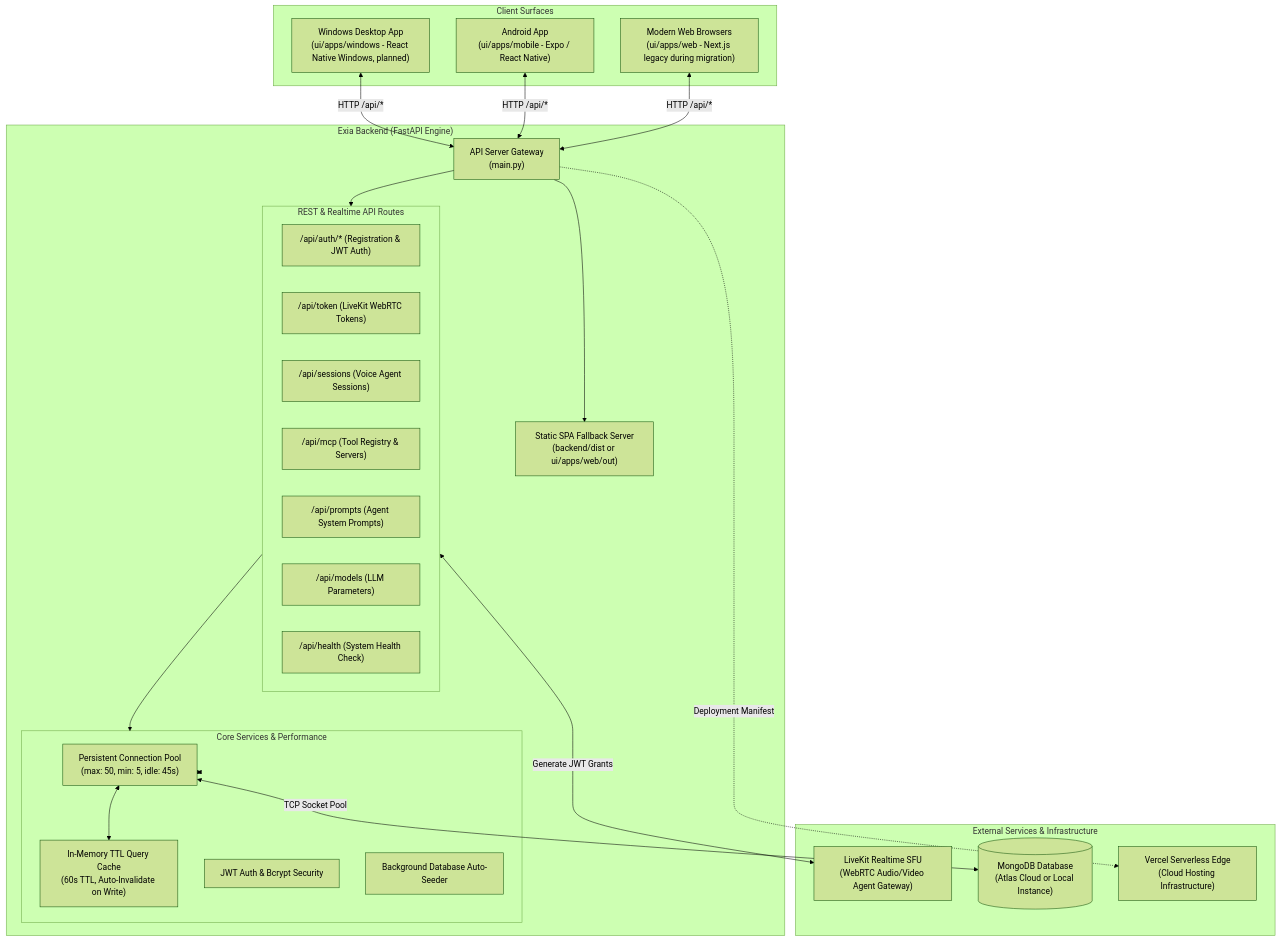
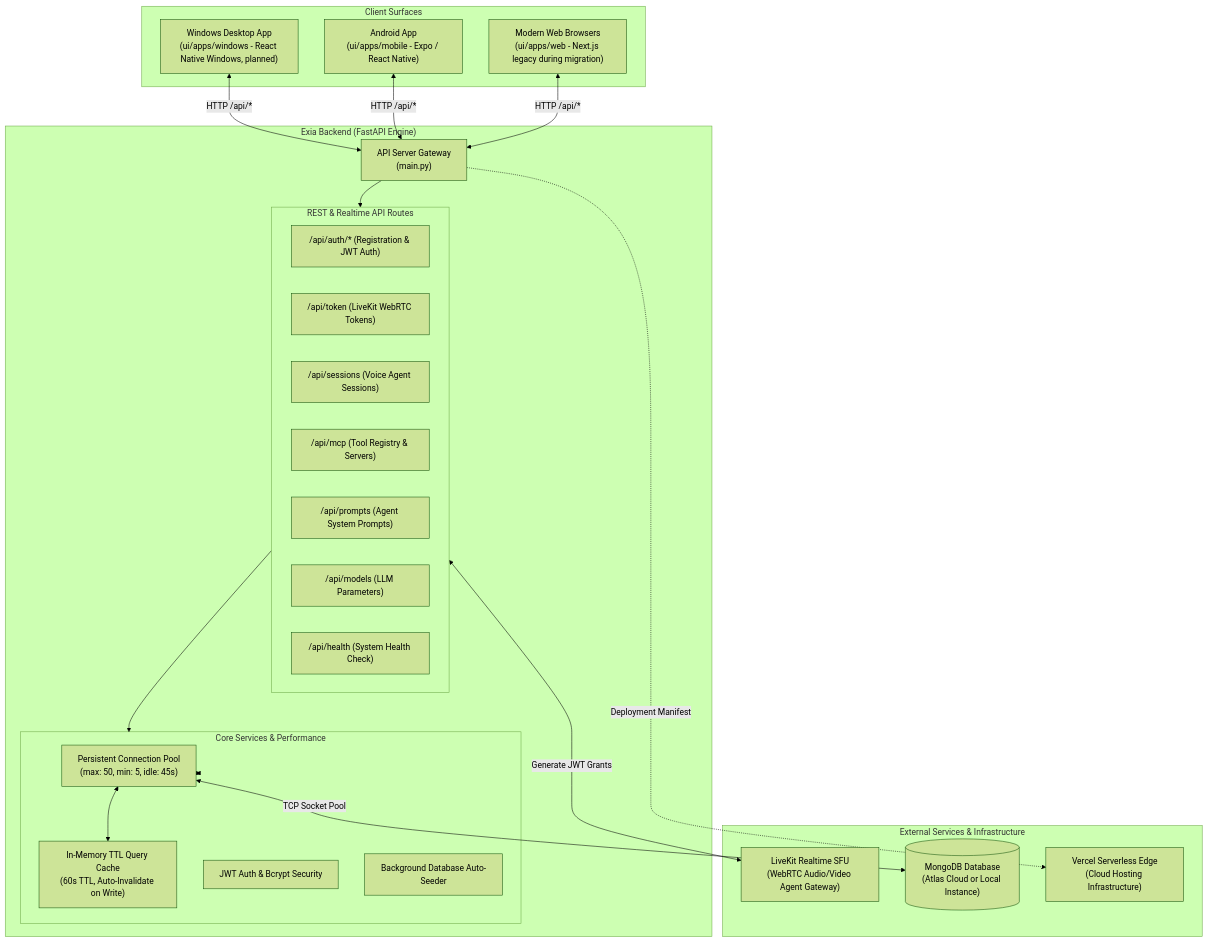
One commit to arpanchakraborty23/Exia changed the first of 2 diagrams in backend/README.md. Above: the diagram before and after it, drawn with Mermaid (forest theme). The commit also changed other lines of this file and 11 other files, not shown here.

````diff
--- a/backend/README.md
+++ b/backend/README.md
@@ -11,49 +11,47 @@
 ```mermaid
 flowchart TB
     subgraph Clients ["Client Surfaces"]
         WindowsClient["Windows Desktop App<br/>(ui/apps/windows - React Native Windows, planned)"]
         MobileClient["Android App<br/>(ui/apps/mobile - Expo / React Native)"]
         WebBrowser["Modern Web Browsers<br/>(ui/apps/web - Next.js legacy during migration)"]
     end
 
     subgraph BackendCore ["Exia Backend (FastAPI Engine)"]
         Gateway["API Server Gateway<br/>(main.py)"]
         
         subgraph APILayer ["REST & Realtime API Routes"]
             AuthRoute["/api/auth/* (Registration & JWT Auth)"]
             TokenRoute["/api/token (LiveKit WebRTC Tokens)"]
             SessionRoute["/api/sessions (Voice Agent Sessions)"]
             MCPRoute["/api/mcp (Tool Registry & Servers)"]
             PromptRoute["/api/prompts (Agent System Prompts)"]
             ModelRoute["/api/models (LLM Parameters)"]
             HealthRoute["/api/health (System Health Check)"]
         end
 
         subgraph ServiceLayer ["Core Services & Performance"]
             DBPool["Persistent Connection Pool<br/>(max: 50, min: 5, idle: 45s)"]
             QueryCache["In-Memory TTL Query Cache<br/>(60s TTL, Auto-Invalidate on Write)"]
             SecuritySvc["JWT Auth & Bcrypt Security"]
             AutoSeed["Background Database Auto-Seeder"]
         end
 
-        StaticServer["Static SPA Fallback Server<br/>(backend/dist or ui/apps/web/out)"]
     end
 
     subgraph ExternalEcosystem ["External Services & Infrastructure"]
         LiveKitSFU["LiveKit Realtime SFU<br/>(WebRTC Audio/Video Agent Gateway)"]
         MongoDBCluster[("MongoDB Database<br/>(Atlas Cloud or Local Instance)")]
         VercelPlatform["Vercel Serverless Edge<br/>(Cloud Hosting Infrastructure)"]
     end
 
     WindowsClient <-->|HTTP /api/*| Gateway
     MobileClient <-->|HTTP /api/*| Gateway
     WebBrowser <-->|HTTP /api/*| Gateway
     Gateway --> APILayer
-    Gateway --> StaticServer
     APILayer --> ServiceLayer
     ServiceLayer <--> DBPool
     DBPool <--> QueryCache
     DBPool <-->|TCP Socket Pool| MongoDBCluster
     APILayer <-->|Generate JWT Grants| LiveKitSFU
     Gateway -.->|Deployment Manifest| VercelPlatform
 ```
````
